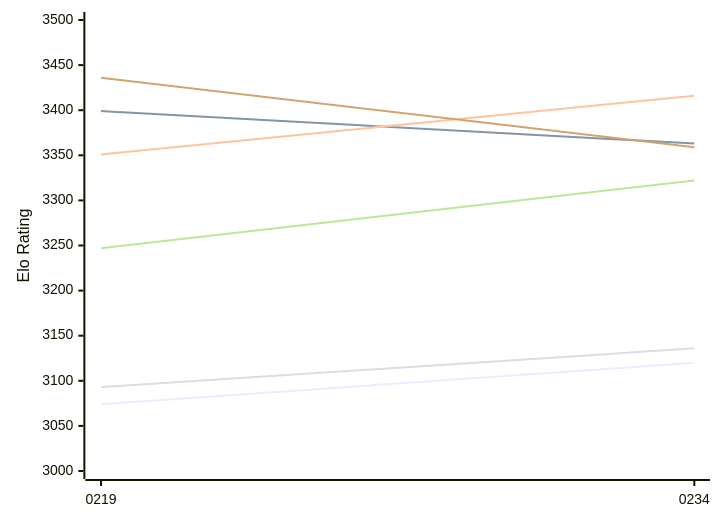
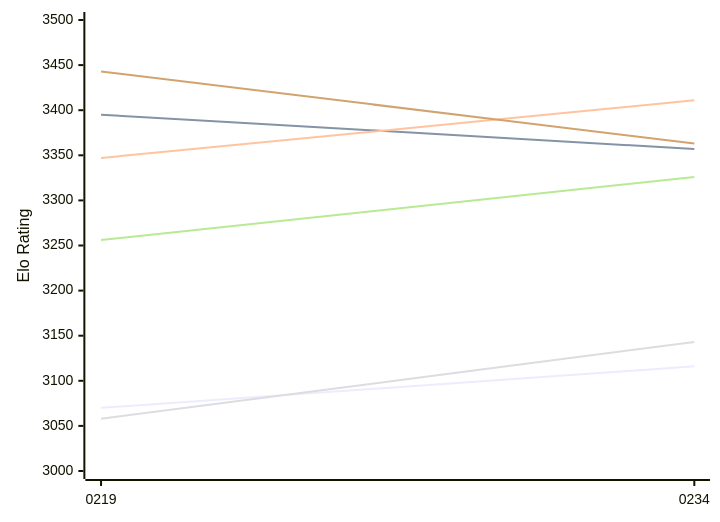
The first of 2 diagrams in engines/Ynode.md (computer-chess-index/cci), drawn with Mermaid before and after one commit. The commit also changed other lines of this file, not shown here.

Commit message:
Update CCI Ratings (ELO VLTC) - 2026-11-21

````diff
--- a/engines/Ynode.md
+++ b/engines/Ynode.md
@@ -50,12 +50,12 @@
 ```mermaid
 %%{init: {"theme":"base","themeVariables":{"seriesColors:['#a3a3a3','#222221','#faa371']}}}%%
 xychart-beta
   x-axis ["0219", "0234"]
   y-axis "Elo Rating" 3000 --> 3500
-  line "E1: STC (8.0+0.08s)" [3074, 3120]
-  line "E1: LTC (60.0+0.60s)" [3399, 3363]
-  line "E1: VLTC (2m24s+1.12s)" [3351, 3416]
-  line "P1: STC (8.0+0.08s)" [3093, 3136]
-  line "P1: LTC (60.0+0.60s)" [3247, 3322]
-  line "P1: VLTC (2m24s+1.12s)" [3436, 3359]
+  line "E1: STC (8.0+0.08s)" [3070, 3116]
+  line "E1: LTC (60.0+0.60s)" [3395, 3357]
+  line "E1: VLTC (2m24s+1.12s)" [3347, 3411]
+  line "P1: STC (8.0+0.08s)" [3058, 3143]
+  line "P1: LTC (60.0+0.60s)" [3256, 3326]
+  line "P1: VLTC (2m24s+1.12s)" [3443, 3363]
 ```
````
